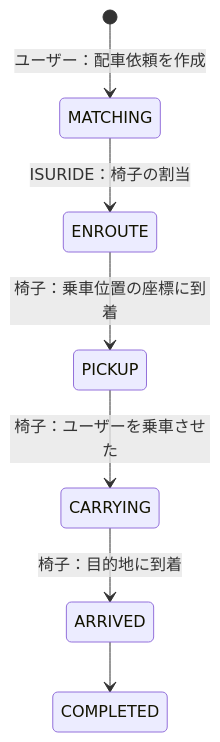
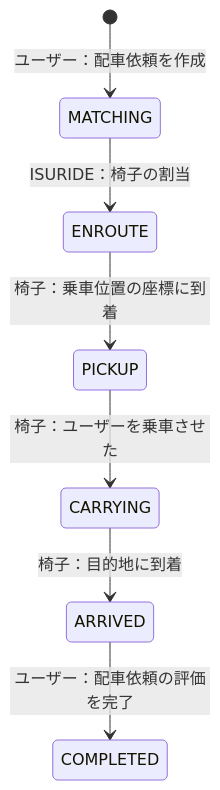
One commit to suguru03/isucon14 changed the diagram in docs/ISURIDE.md. Above: the diagram before and after it, drawn with Mermaid. The commit also changed other lines of this file, not shown here.

````diff
--- a/docs/ISURIDE.md
+++ b/docs/ISURIDE.md
@@ -36,9 +36,9 @@
 ```mermaid
 stateDiagram-v2 
   [*] --> MATCHING: ユーザー：配車依頼を作成
   MATCHING --> ENROUTE: ISURIDE：椅子の割当
   ENROUTE --> PICKUP: 椅子：乗車位置の座標に到着
   PICKUP --> CARRYING: 椅子：ユーザーを乗車させた
   CARRYING --> ARRIVED: 椅子：目的地に到着
-  ARRIVED --> COMPLETED: 
+  ARRIVED --> COMPLETED: ユーザー：配車依頼の評価を完了
 ```
````
